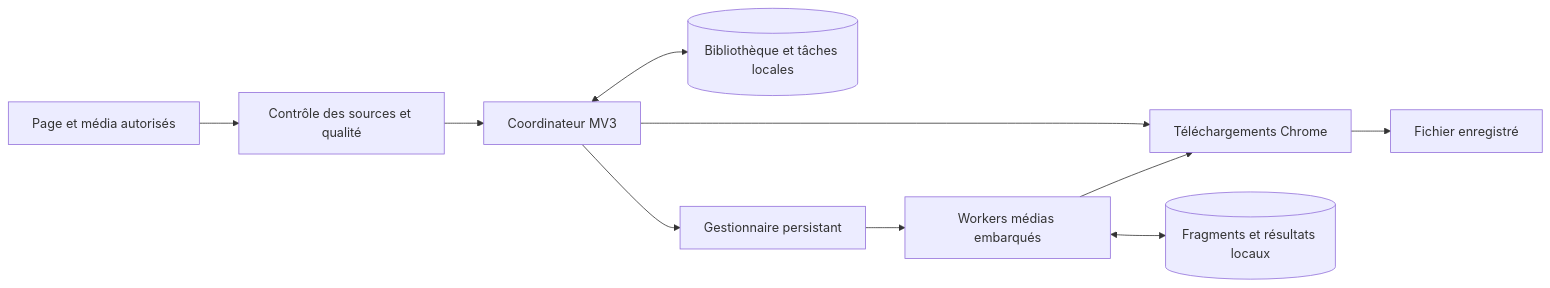
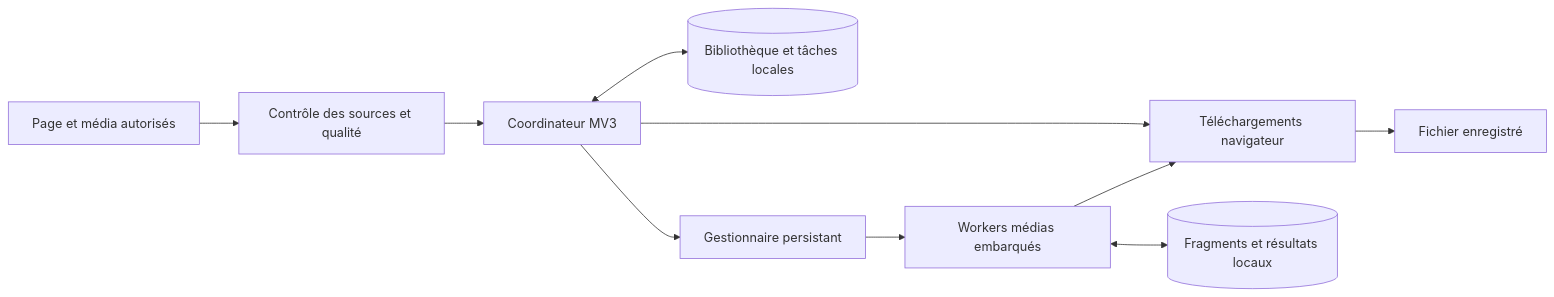
Before and after one commit to drslid/Alcydeo: the diagram in README.fr.md, drawn with Mermaid. The commit also changed other lines of this file and 188 other files, not shown here.

````diff
--- a/README.fr.md
+++ b/README.fr.md
@@ -115,12 +131,12 @@
 ```mermaid
 flowchart LR
   Source[Page et média autorisés] --> Detection[Contrôle des sources et qualité]
   Detection --> SW[Coordinateur MV3]
-  SW --> Chrome[Téléchargements Chrome]
+  SW --> Natif[Téléchargements navigateur]
   SW <--> DB[(Bibliothèque et tâches locales)]
   SW --> Gestionnaire[Gestionnaire persistant]
   Gestionnaire --> Workers[Workers médias embarqués]
   Workers <--> OPFS[(Fragments et résultats locaux)]
-  Workers --> Chrome
-  Chrome --> Disque[Fichier enregistré]
+  Workers --> Natif
+  Natif --> Disque[Fichier enregistré]
 ```
````
